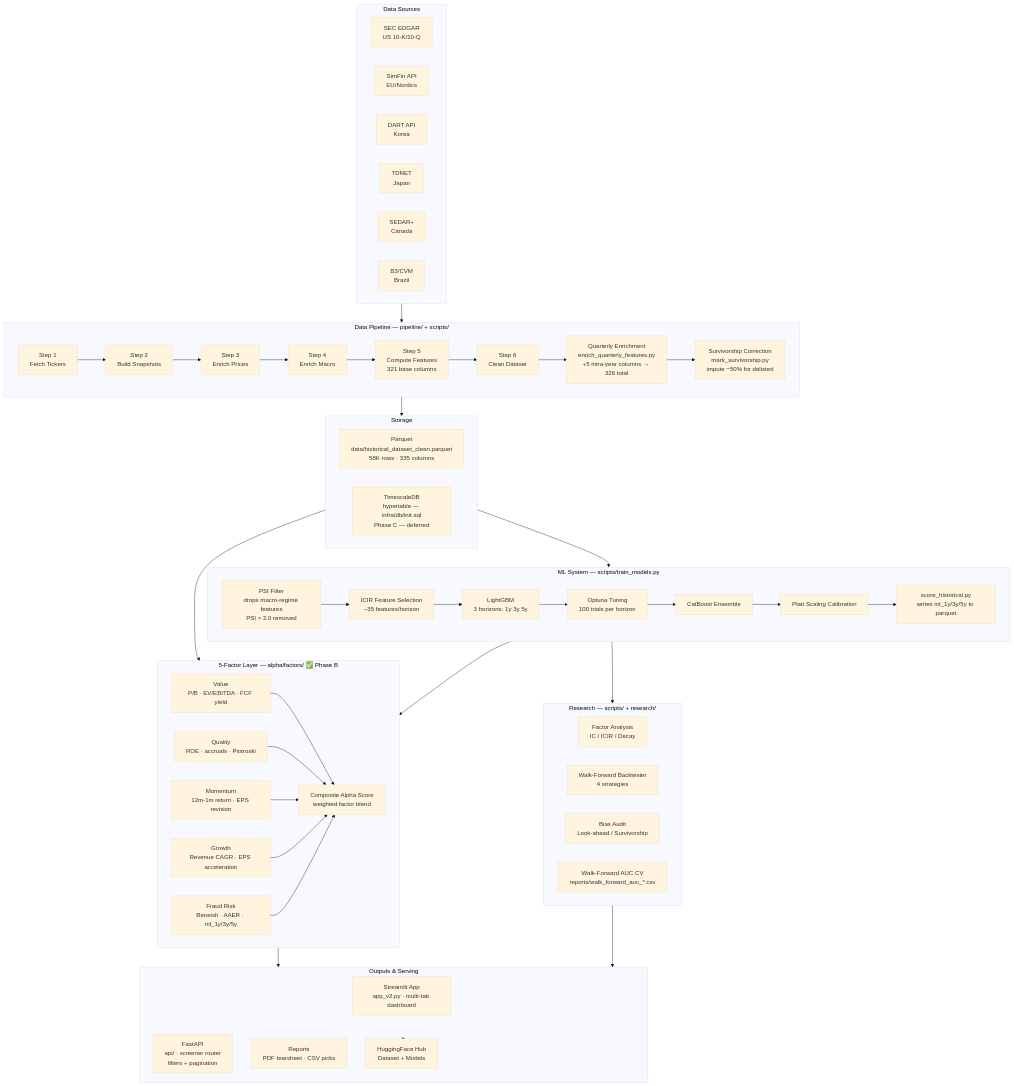
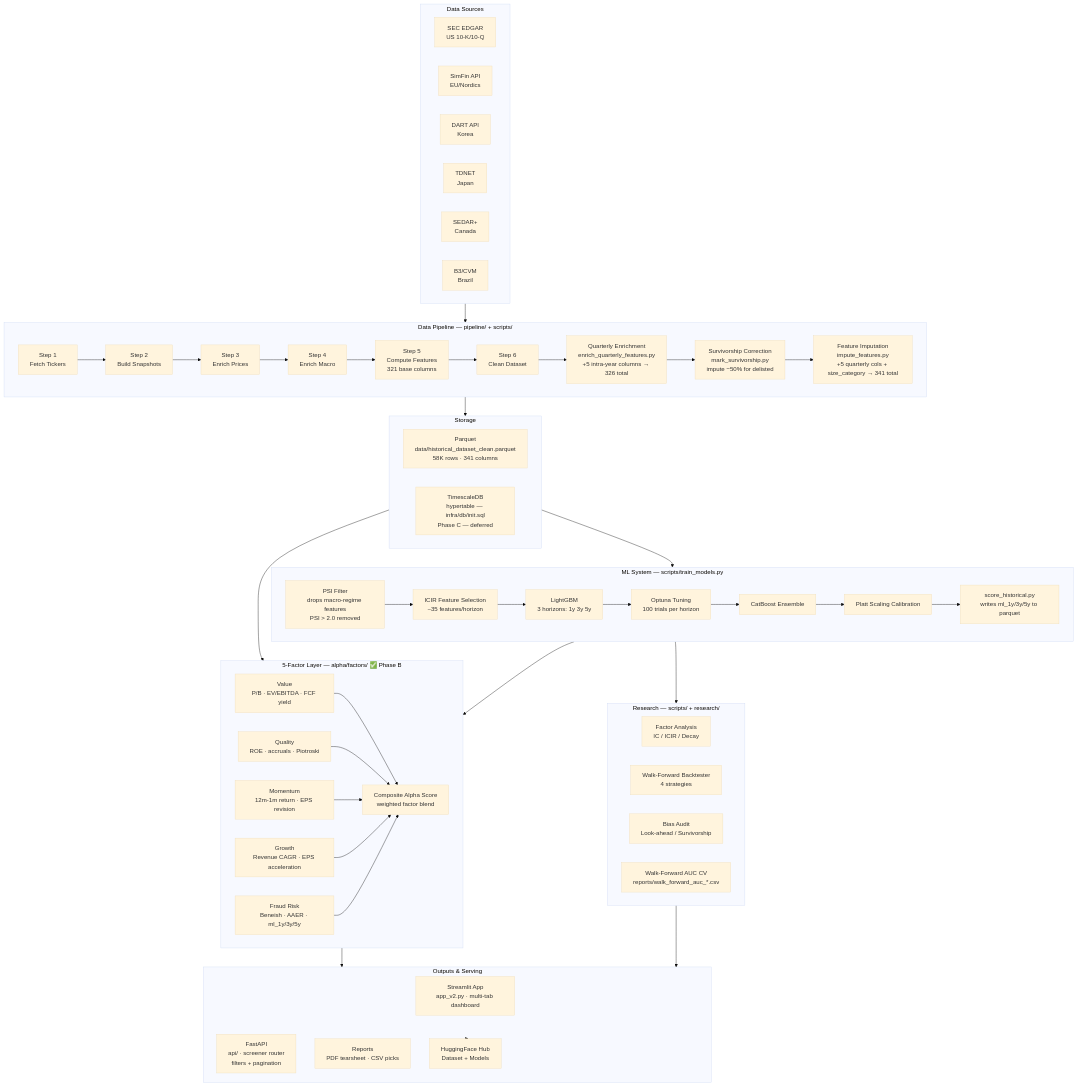
Before and after one commit to sherlock718/stock-fraud-screener: the first of 3 diagrams in docs/architecture.md, drawn with Mermaid (base theme). The commit also changed other lines of this file and 5 other files, not shown here.

First line of the commit message:
feat(pipeline): add quarterly features + size_category imputation via impute_features.py

````diff
--- a/docs/architecture.md
+++ b/docs/architecture.md
@@ -7,73 +7,74 @@
 ```mermaid
 graph TB
     subgraph Sources["Data Sources"]
         A1[SEC EDGAR<br/>US 10-K/10-Q]
         A2[SimFin API<br/>EU/Nordics]
         A3[DART API<br/>Korea]
         A4[TDNET<br/>Japan]
         A5[SEDAR+<br/>Canada]
         A6[B3/CVM<br/>Brazil]
     end
 
     subgraph Pipeline["Data Pipeline — pipeline/ + scripts/"]
         B1[Step 1<br/>Fetch Tickers]
         B2[Step 2<br/>Build Snapshots]
         B3[Step 3<br/>Enrich Prices]
         B4[Step 4<br/>Enrich Macro]
         B5[Step 5<br/>Compute Features<br/>321 base columns]
         B6[Step 6<br/>Clean Dataset]
         B7[Quarterly Enrichment<br/>enrich_quarterly_features.py<br/>+5 intra-year columns → 326 total]
         B8[Survivorship Correction<br/>mark_survivorship.py<br/>impute −50% for delisted]
-        B1 --> B2 --> B3 --> B4 --> B5 --> B6 --> B7 --> B8
+        B9[Feature Imputation<br/>impute_features.py<br/>+5 quarterly cols + size_category → 341 total]
+        B1 --> B2 --> B3 --> B4 --> B5 --> B6 --> B7 --> B8 --> B9
     end
 
     subgraph Factors["5-Factor Layer — alpha/factors/ ✅ Phase B"]
         F1[Value<br/>P/B · EV/EBITDA · FCF yield]
         F2[Quality<br/>ROE · accruals · Piotroski]
         F3[Momentum<br/>12m-1m return · EPS revision]
         F4[Growth<br/>Revenue CAGR · EPS acceleration]
         F5[Fraud Risk<br/>Beneish · AAER · ml_1y/3y/5y]
         FA[Composite Alpha Score<br/>weighted factor blend]
         F1 & F2 & F3 & F4 & F5 --> FA
     end
 
     subgraph ML["ML System — scripts/train_models.py"]
         C0[PSI Filter<br/>drops macro-regime features<br/>PSI > 2.0 removed]
         C1[ICIR Feature Selection<br/>~35 features/horizon]
         C2[LightGBM<br/>3 horizons: 1y 3y 5y]
         C3[Optuna Tuning<br/>100 trials per horizon]
         C4[CatBoost Ensemble]
         C5[Platt Scaling Calibration]
         C6[score_historical.py<br/>writes ml_1y/3y/5y to parquet]
         C0 --> C1 --> C2 --> C3 --> C4 --> C5 --> C6
     end
 
     subgraph Research["Research — scripts/ + research/"]
         D1[Factor Analysis<br/>IC / ICIR / Decay]
         D2[Walk-Forward Backtester<br/>4 strategies]
         D3[Bias Audit<br/>Look-ahead / Survivorship]
         D4[Walk-Forward AUC CV<br/>reports/walk_forward_auc_*.csv]
     end
 
     subgraph Storage["Storage"]
-        S1[Parquet<br/>data/historical_dataset_clean.parquet<br/>58K rows · 335 columns]
+        S1[Parquet<br/>data/historical_dataset_clean.parquet<br/>58K rows · 341 columns]
         S2[TimescaleDB<br/>hypertable — infra/db/init.sql<br/>Phase C — deferred]
     end
 
     subgraph Outputs["Outputs & Serving"]
         E1[Streamlit App<br/>app_v2.py · multi-tab dashboard]
         E2[FastAPI<br/>api/ · screener router<br/>filters + pagination]
         E3[Reports<br/>PDF tearsheet · CSV picks]
         E4[HuggingFace Hub<br/>Dataset + Models]
     end
 
     Sources --> Pipeline
     Pipeline --> Storage
     Storage --> ML
     Storage --> Factors
     ML --> Factors
     ML --> Research
     Factors --> Outputs
     Research --> Outputs
     Outputs --> E4
 ```
````
